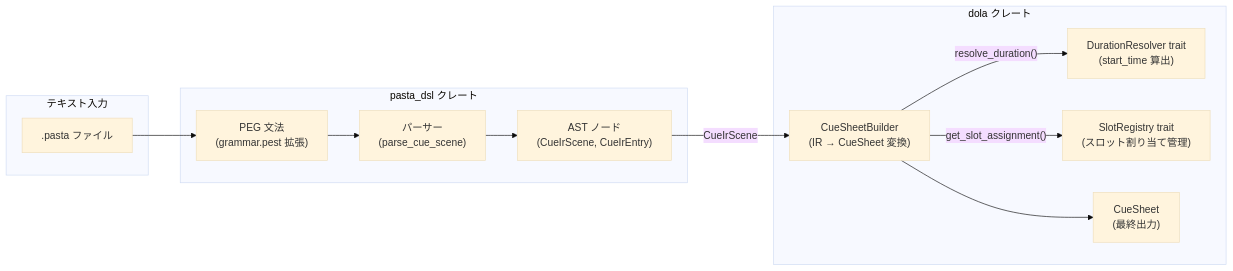
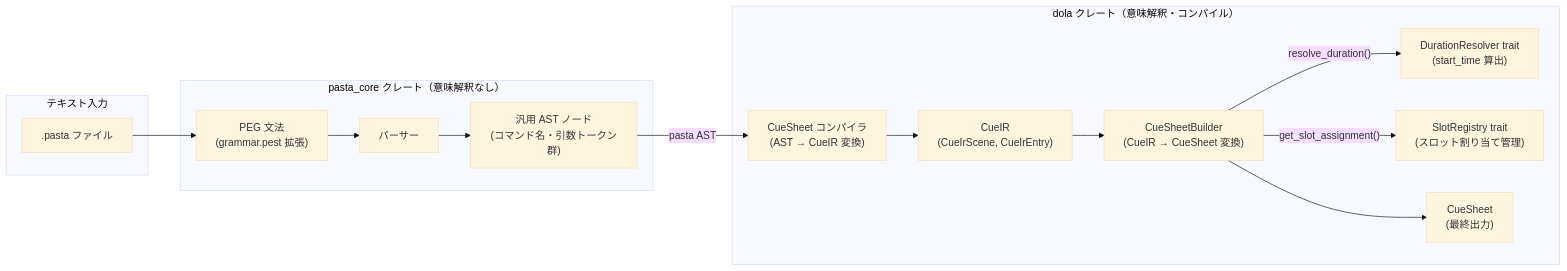
Before and after one commit to ekicyou/areka: the first of 3 diagrams in .kiro/specs/dola-cue-pasta-dsl-extension/design.md, drawn with Mermaid (base theme). The commit also changed other lines of this file and 1 other file, not shown here.

First line of the commit message:
fix(spec): resolve CueIR dependency direction (Discussion 1)

````diff
--- a/.kiro/specs/dola-cue-pasta-dsl-extension/design.md
+++ b/.kiro/specs/dola-cue-pasta-dsl-extension/design.md
@@ -49,24 +51,28 @@
 ```mermaid
 graph LR
     subgraph "テキスト入力"
         Script[".pasta ファイル"]
     end
-    subgraph "pasta_dsl クレート"
+    subgraph "pasta_core クレート（意味解釈なし）"
         PEG["PEG 文法\n(grammar.pest 拡張)"]
-        AST["AST ノード\n(CueIrScene, CueIrEntry)"]
-        Parser["パーサー\n(parse_cue_scene)"]
+        AST["汎用 AST ノード\n(コマンド名・引数トークン群)"]
+        Parser["パーサー"]
         PEG --> Parser
         Parser --> AST
     end
-    subgraph "dola クレート"
-        Builder["CueSheetBuilder\n(IR → CueSheet 変換)"]
+    subgraph "dola クレート（意味解釈・コンパイル）"
+        Compiler["CueSheet コンパイラ\n(AST → CueIR 変換)"]
+        IR["CueIR\n(CueIrScene, CueIrEntry)"]
+        Builder["CueSheetBuilder\n(CueIR → CueSheet 変換)"]
         Resolver["DurationResolver trait\n(start_time 算出)"]
         Slot["SlotRegistry trait\n(スロット割り当て管理)"]
         Sheet["CueSheet\n(最終出力)"]
+        Compiler --> IR
+        IR --> Builder
         Builder -- "resolve_duration()" --> Resolver
         Builder -- "get_slot_assignment()" --> Slot
         Builder --> Sheet
     end
     Script --> PEG
-    AST -- "CueIrScene" --> Builder
+    AST -- "pasta AST" --> Compiler
 ```
````
